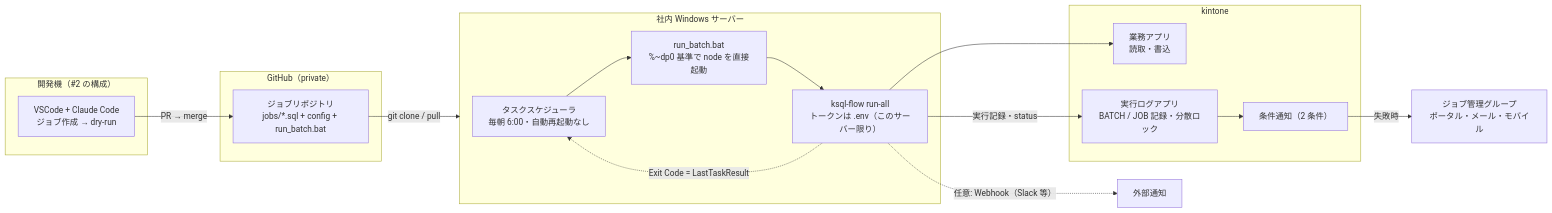
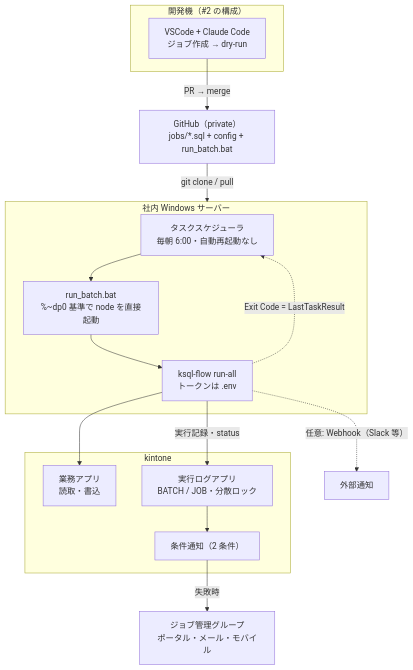
One commit to rex0220/ksql-flow changed the diagram in docs/internal/qiita_draft_04_scheduler.md. Above: the diagram before and after it, drawn with Mermaid.

Commit message:
docs: 記事 #4 の構成図を縦方向(TB)に変更 — 横長でスマホ/記事幅では縮小されすぎるため

````diff
--- a/docs/internal/qiita_draft_04_scheduler.md
+++ b/docs/internal/qiita_draft_04_scheduler.md
@@ -49,29 +49,28 @@
 ```mermaid
-flowchart LR
+flowchart TB
     subgraph dev["開発機（#2 の構成）"]
         AI["VSCode + Claude Code<br>ジョブ作成 → dry-run"]
     end
-    subgraph gh["GitHub（private）"]
-        REPO["ジョブリポジトリ<br>jobs/*.sql + config + run_batch.bat"]
-    end
+    REPO["GitHub（private）<br>jobs/*.sql + config + run_batch.bat"]
     subgraph srv["社内 Windows サーバー"]
         TS["タスクスケジューラ<br>毎朝 6:00・自動再起動なし"]
         BAT["run_batch.bat<br>%~dp0 基準で node を直接起動"]
-        RUN["ksql-flow run-all<br>トークンは .env（このサーバー限り）"]
+        RUN["ksql-flow run-all<br>トークンは .env"]
+        TS --> BAT --> RUN
+        RUN -.->|"Exit Code = LastTaskResult"| TS
     end
     subgraph kin["kintone"]
         APPS["業務アプリ<br>読取・書込"]
-        LOG["実行ログアプリ<br>BATCH / JOB 記録・分散ロック"]
+        LOG["実行ログアプリ<br>BATCH / JOB・分散ロック"]
         NTF["条件通知（2 条件）"]
+        LOG --> NTF
     end
     GRP["ジョブ管理グループ<br>ポータル・メール・モバイル"]
 
     AI -->|"PR → merge"| REPO
     REPO -->|"git clone / pull"| srv
-    TS --> BAT --> RUN
     RUN --> APPS
     RUN -->|"実行記録・status"| LOG
-    RUN -.->|"Exit Code = LastTaskResult"| TS
-    LOG --> NTF -->|"失敗時"| GRP
+    NTF -->|"失敗時"| GRP
     RUN -.->|"任意: Webhook（Slack 等）"| HOOK["外部通知"]
 ```
````
